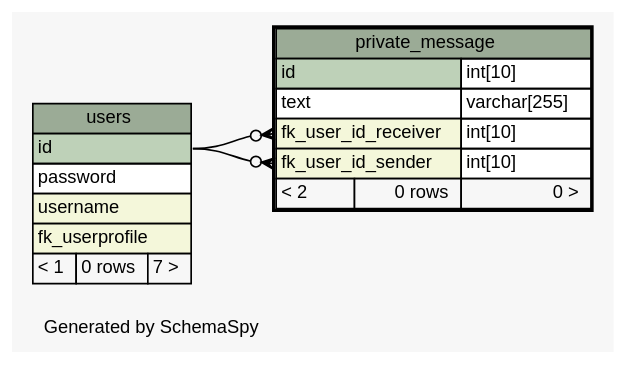
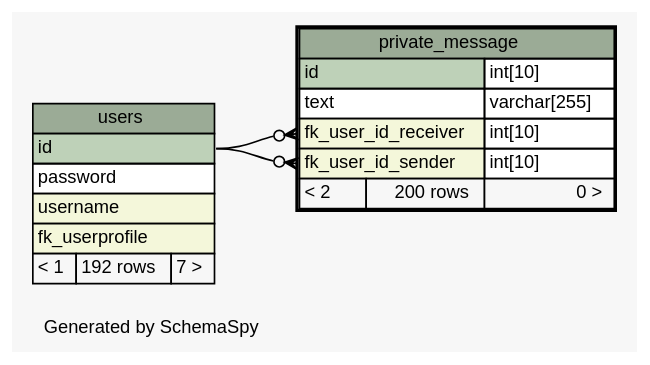
One commit to chr-krenn/chr-krenn-fhj-ws2017-sd17-pse changed the diagram in doc/db_schema/diagrams/private_message.1degree.dot. Above: the diagram before and after it, drawn with Graphviz. The commit also changed 72 other files, not shown here.

```diff
--- a/doc/db_schema/diagrams/private_message.1degree.dot
+++ b/doc/db_schema/diagrams/private_message.1degree.dot
@@ -1,50 +1,50 @@
 // dot 2.40.1 on Linux 4.12.5-300.fc26.x86_64
 // SchemaSpy rev 590
 digraph "oneDegreeRelationshipsDiagram" {
   graph [
     rankdir="RL"
     bgcolor="#f7f7f7"
     label="\nGenerated by SchemaSpy"
     labeljust="l"
     nodesep="0.18"
     ranksep="0.46"
     fontname="Helvetica"
     fontsize="11"
   ];
   node [
     fontname="Helvetica"
     fontsize="11"
     shape="plaintext"
   ];
   edge [
     arrowsize="0.8"
   ];
   "private_message":"fk_user_id_receiver":w -> "users":"id":e [arrowhead=none dir=back arrowtail=crowodot];
   "private_message":"fk_user_id_sender":w -> "users":"id":e [arrowhead=none dir=back arrowtail=crowodot];
   "private_message" [
     label=<
     <TABLE BORDER="2" CELLBORDER="1" CELLSPACING="0" BGCOLOR="#ffffff">
       <TR><TD COLSPAN="3" BGCOLOR="#9bab96" ALIGN="CENTER">private_message</TD></TR>
       <TR><TD PORT="id" COLSPAN="2" BGCOLOR="#bed1b8" ALIGN="LEFT">id</TD><TD PORT="id.type" ALIGN="LEFT">int[10]</TD></TR>
       <TR><TD PORT="text" COLSPAN="2" ALIGN="LEFT">text</TD><TD PORT="text.type" ALIGN="LEFT">varchar[255]</TD></TR>
       <TR><TD PORT="fk_user_id_receiver" COLSPAN="2" BGCOLOR="#f4f7da" ALIGN="LEFT">fk_user_id_receiver</TD><TD PORT="fk_user_id_receiver.type" ALIGN="LEFT">int[10]</TD></TR>
       <TR><TD PORT="fk_user_id_sender" COLSPAN="2" BGCOLOR="#f4f7da" ALIGN="LEFT">fk_user_id_sender</TD><TD PORT="fk_user_id_sender.type" ALIGN="LEFT">int[10]</TD></TR>
-      <TR><TD ALIGN="LEFT" BGCOLOR="#f7f7f7">&lt; 2</TD><TD ALIGN="RIGHT" BGCOLOR="#f7f7f7">0 rows</TD><TD ALIGN="RIGHT" BGCOLOR="#f7f7f7">0 &gt;</TD></TR>
+      <TR><TD ALIGN="LEFT" BGCOLOR="#f7f7f7">&lt; 2</TD><TD ALIGN="RIGHT" BGCOLOR="#f7f7f7">200 rows</TD><TD ALIGN="RIGHT" BGCOLOR="#f7f7f7">0 &gt;</TD></TR>
     </TABLE>>
     URL="private_message.html"
     tooltip="private_message"
   ];
   "users" [
     label=<
     <TABLE BORDER="0" CELLBORDER="1" CELLSPACING="0" BGCOLOR="#ffffff">
       <TR><TD COLSPAN="3" BGCOLOR="#9bab96" ALIGN="CENTER">users</TD></TR>
       <TR><TD PORT="id" COLSPAN="3" BGCOLOR="#bed1b8" ALIGN="LEFT">id</TD></TR>
       <TR><TD PORT="password" COLSPAN="3" ALIGN="LEFT">password</TD></TR>
       <TR><TD PORT="username" COLSPAN="3" BGCOLOR="#f4f7da" ALIGN="LEFT">username</TD></TR>
       <TR><TD PORT="fk_userprofile" COLSPAN="3" BGCOLOR="#f4f7da" ALIGN="LEFT">fk_userprofile</TD></TR>
-      <TR><TD ALIGN="LEFT" BGCOLOR="#f7f7f7">&lt; 1</TD><TD ALIGN="RIGHT" BGCOLOR="#f7f7f7">0 rows</TD><TD ALIGN="RIGHT" BGCOLOR="#f7f7f7">7 &gt;</TD></TR>
+      <TR><TD ALIGN="LEFT" BGCOLOR="#f7f7f7">&lt; 1</TD><TD ALIGN="RIGHT" BGCOLOR="#f7f7f7">192 rows</TD><TD ALIGN="RIGHT" BGCOLOR="#f7f7f7">7 &gt;</TD></TR>
     </TABLE>>
     URL="users.html"
     tooltip="users"
   ];
 }
```
